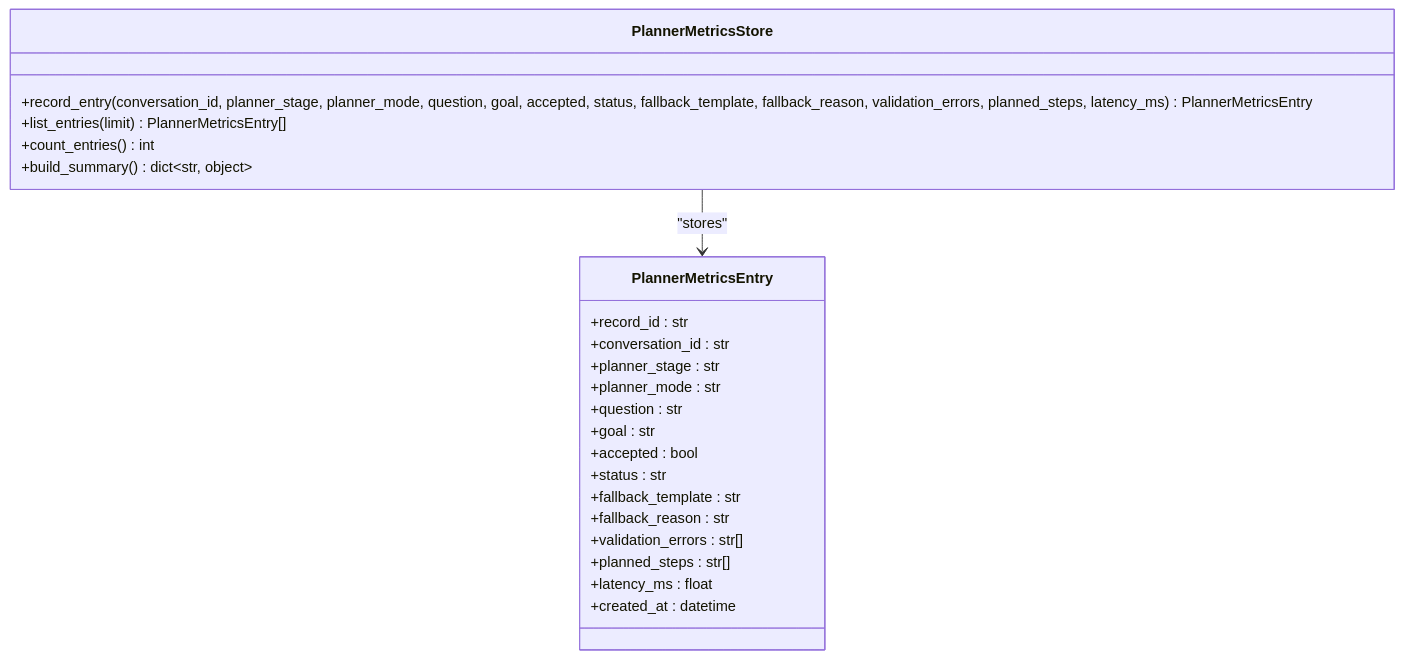
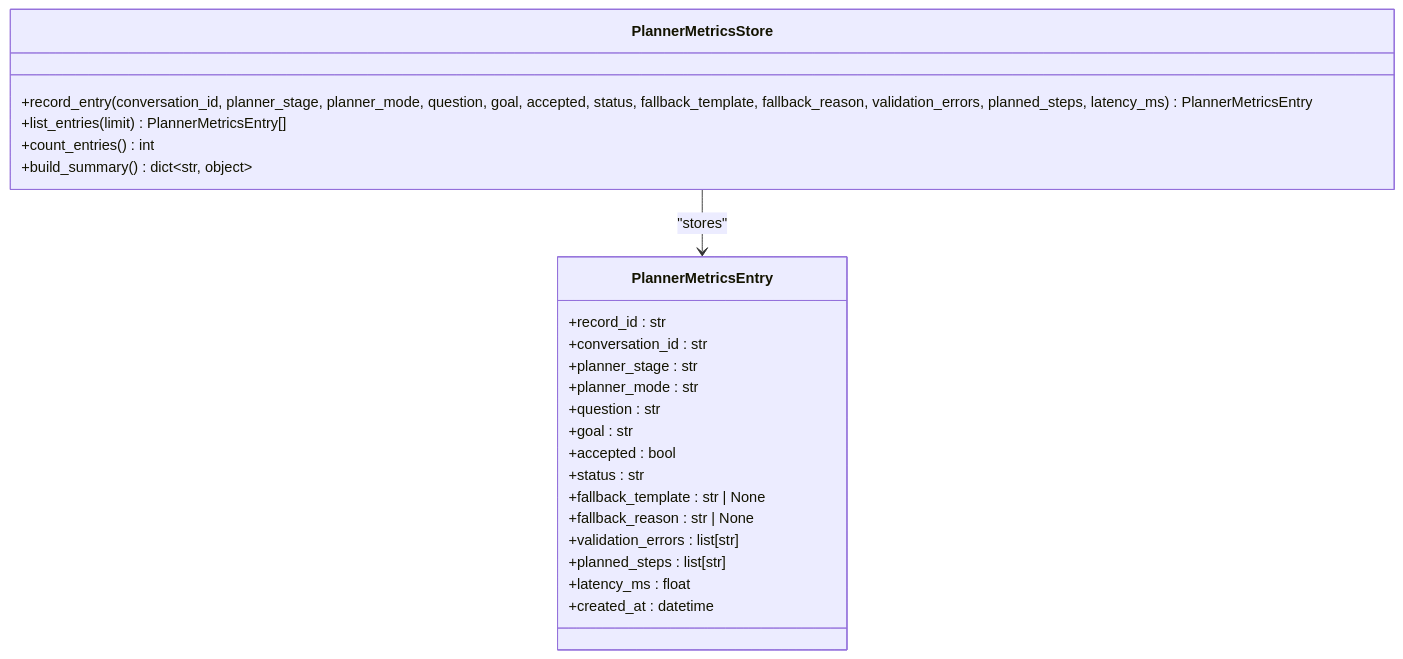
Before and after one commit to intellistream/sage-mate: diagram 17 of 20 in .qoder/repowiki/en/content/Workflow System/Workflow System.md, drawn with Mermaid. The commit also changed other lines of this file and 28 other files, not shown here.

````diff
--- a/.qoder/repowiki/en/content/Workflow System/Workflow System.md
+++ b/.qoder/repowiki/en/content/Workflow System/Workflow System.md
@@ -828,26 +829,26 @@
 ```mermaid
 classDiagram
 class PlannerMetricsStore {
 +record_entry(conversation_id, planner_stage, planner_mode, question, goal, accepted, status, fallback_template, fallback_reason, validation_errors, planned_steps, latency_ms) PlannerMetricsEntry
 +list_entries(limit) PlannerMetricsEntry[]
 +count_entries() int
 +build_summary() dict~str, object~
 }
 class PlannerMetricsEntry {
 +record_id : str
 +conversation_id : str
 +planner_stage : str
 +planner_mode : str
 +question : str
 +goal : str
 +accepted : bool
 +status : str
-+fallback_template : str
-+fallback_reason : str
-+validation_errors : str[]
-+planned_steps : str[]
++fallback_template : str | None
++fallback_reason : str | None
++validation_errors : list[str]
++planned_steps : list[str]
 +latency_ms : float
 +created_at : datetime
 }
 PlannerMetricsStore --> PlannerMetricsEntry : "stores"
 ```
````
